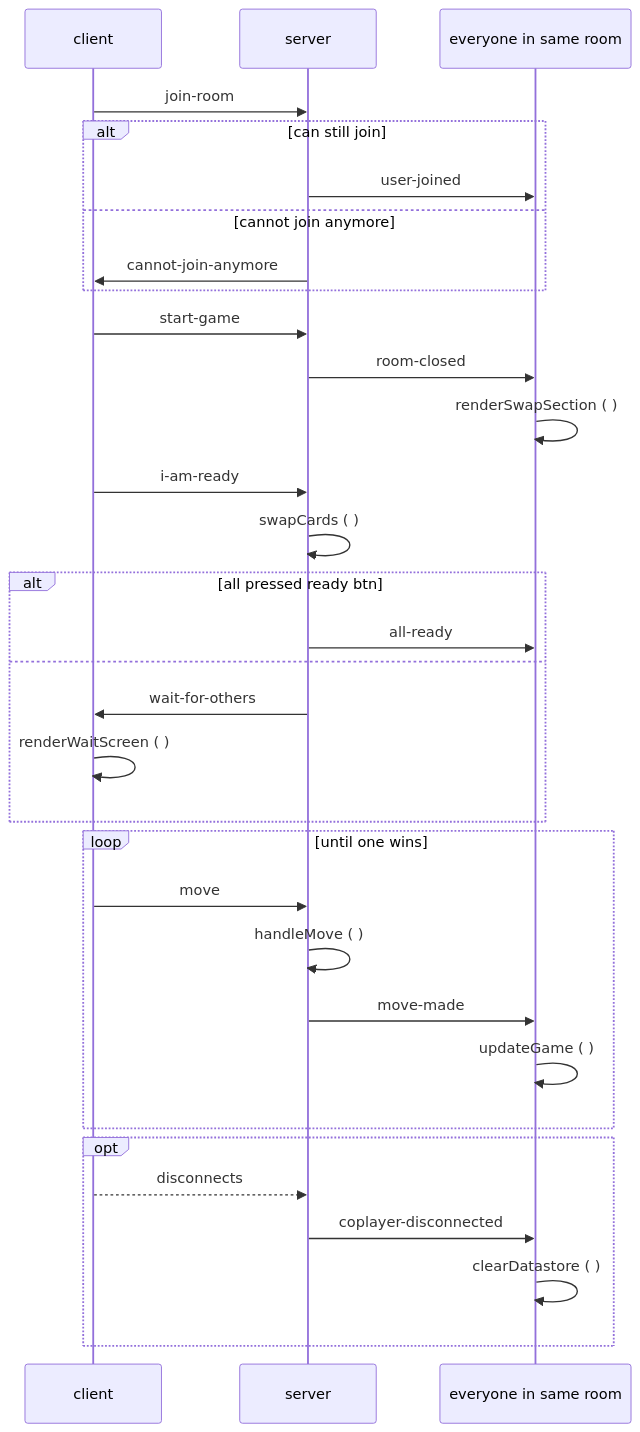
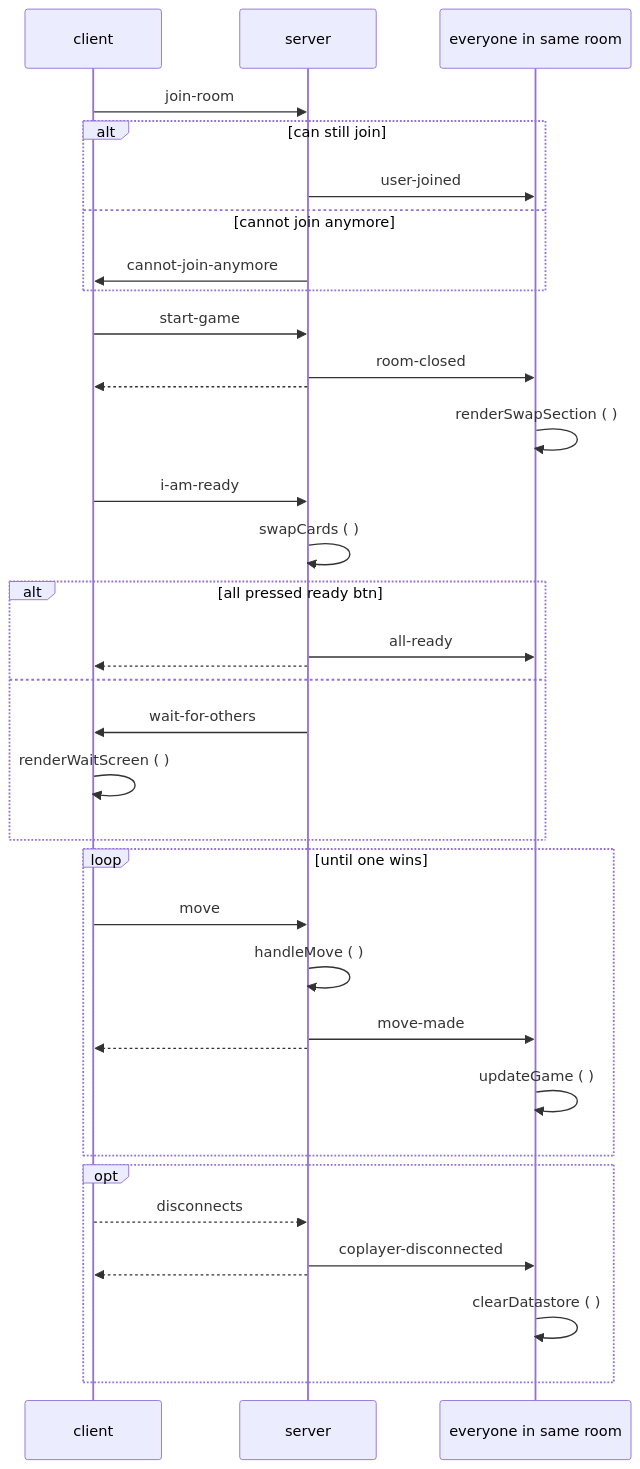
The diagram in websockets-workflow.md (jaads/A-nice-card-game), drawn with Mermaid before and after one commit.

````diff
--- a/websockets-workflow.md
+++ b/websockets-workflow.md
@@ -1,35 +1,39 @@
 ```mermaid
 sequenceDiagram
     participant c as client
     participant s as server
     participant r as everyone in same room
 
     c ->> s: join-room
     alt can still join
         s->>r: user-joined
     else cannot join anymore
         s->>c: cannot-join-anymore
     end
     c ->> s: start-game
     s ->> r: room-closed
+    s -->> c: 
     r ->> r: renderSwapSection ( )
     c ->> s: i-am-ready
     s ->> s: swapCards ( )
     alt all pressed ready btn
         s ->> r: all-ready
+        s -->> c: 
     else
         s ->> c: wait-for-others
         c ->> c: renderWaitScreen ( )
     end
     loop until one wins
         c ->> s: move
         s ->> s: handleMove ( )
         s ->> r: move-made
+        s -->> c: 
         r ->> r: updateGame ( )
     end
     opt
         c -->> s: disconnects
         s ->> r: coplayer-disconnected
+        s -->> c: 
         r ->> r: clearDatastore ( )
     end
-```
+``` 
````
